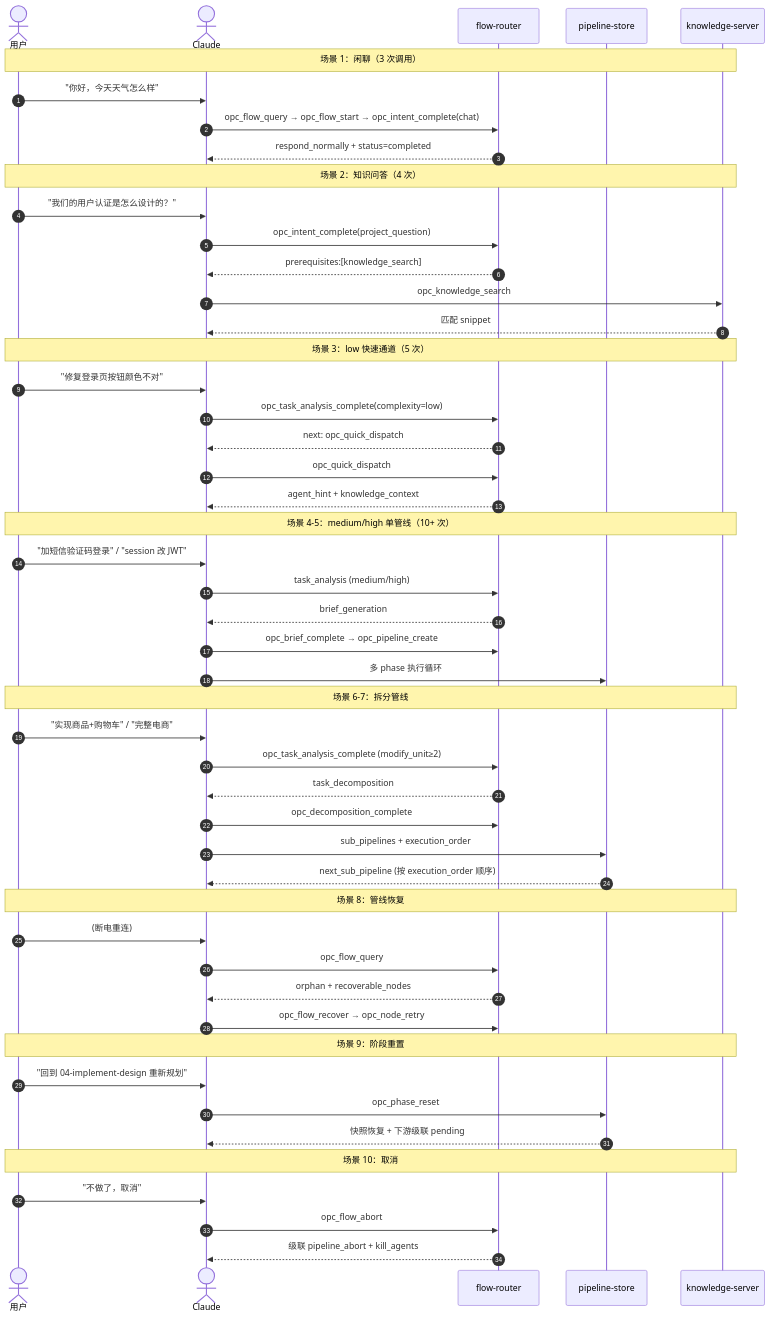
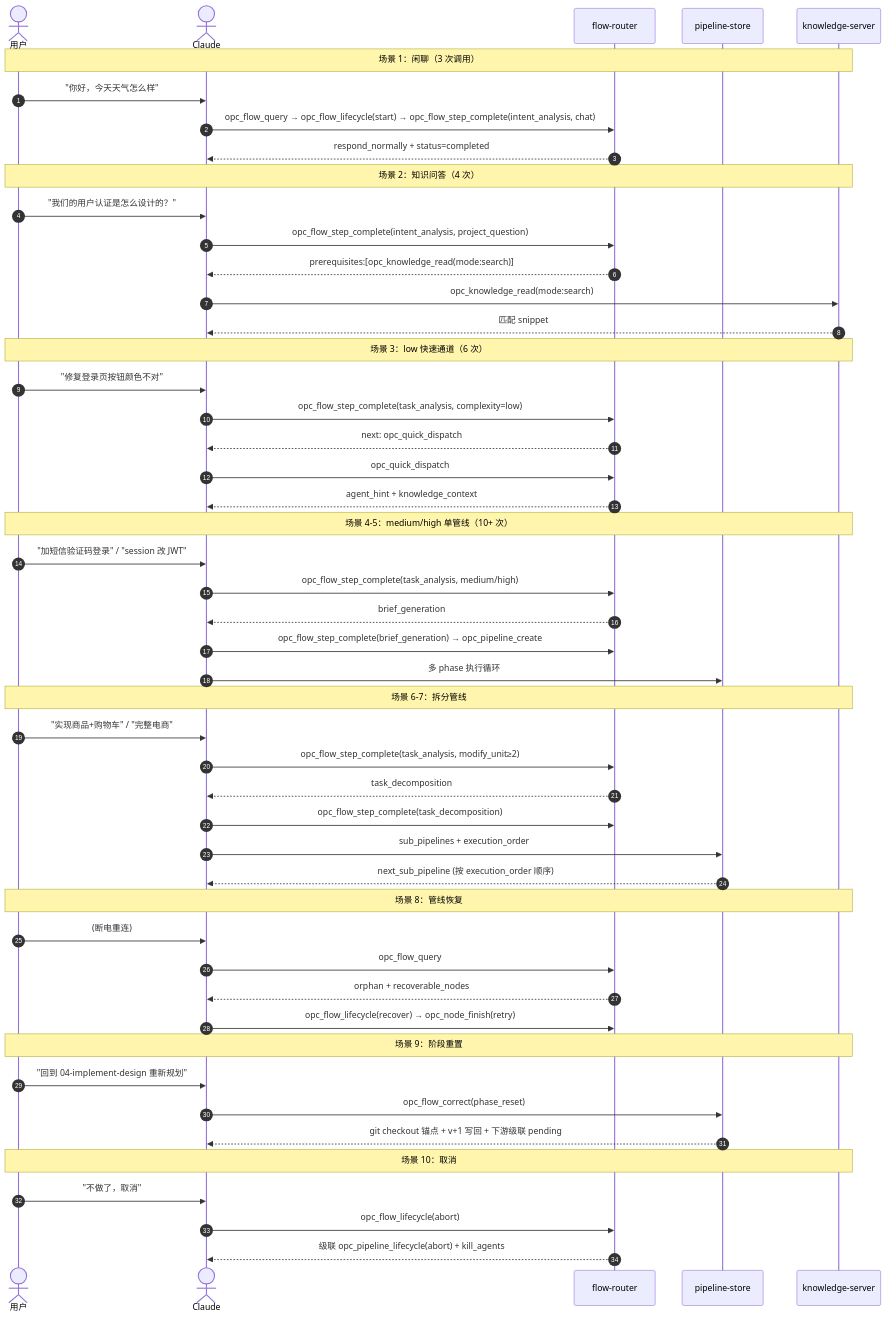
Before and after one commit to CaffeineOddity/opc-marketplace: the first of 2 diagrams in doc/feature/04-e2e/02-test/00_overview.md, drawn with Mermaid. The commit also changed other lines of this file and 42 other files, not shown here.

````diff
--- a/doc/feature/04-e2e/02-test/00_overview.md
+++ b/doc/feature/04-e2e/02-test/00_overview.md
@@ -13,59 +15,59 @@
 ```mermaid
 sequenceDiagram
     autonumber
     actor U as 用户
     actor C as Claude
     participant F as flow-router
     participant P as pipeline-store
     participant KS as knowledge-server
 
     Note over U,KS: 场景 1：闲聊（3 次调用）
     U->>C: "你好，今天天气怎么样"
-    C->>F: opc_flow_query → opc_flow_start → opc_intent_complete(chat)
+    C->>F: opc_flow_query → opc_flow_lifecycle(start) → opc_flow_step_complete(intent_analysis, chat)
     F-->>C: respond_normally + status=completed
 
     Note over U,KS: 场景 2：知识问答（4 次）
     U->>C: "我们的用户认证是怎么设计的？"
-    C->>F: opc_intent_complete(project_question)
-    F-->>C: prerequisites:[knowledge_search]
-    C->>KS: opc_knowledge_search
+    C->>F: opc_flow_step_complete(intent_analysis, project_question)
+    F-->>C: prerequisites:[opc_knowledge_read(mode:search)]
+    C->>KS: opc_knowledge_read(mode:search)
     KS-->>C: 匹配 snippet
 
-    Note over U,KS: 场景 3：low 快速通道（5 次）
+    Note over U,KS: 场景 3：low 快速通道（6 次）
     U->>C: "修复登录页按钮颜色不对"
-    C->>F: opc_task_analysis_complete(complexity=low)
+    C->>F: opc_flow_step_complete(task_analysis, complexity=low)
     F-->>C: next: opc_quick_dispatch
     C->>F: opc_quick_dispatch
     F-->>C: agent_hint + knowledge_context
 
     Note over U,KS: 场景 4-5：medium/high 单管线（10+ 次）
     U->>C: "加短信验证码登录" / "session 改 JWT"
-    C->>F: task_analysis (medium/high)
+    C->>F: opc_flow_step_complete(task_analysis, medium/high)
     F-->>C: brief_generation
-    C->>F: opc_brief_complete → opc_pipeline_create
+    C->>F: opc_flow_step_complete(brief_generation) → opc_pipeline_create
     C->>P: 多 phase 执行循环
 
     Note over U,KS: 场景 6-7：拆分管线
     U->>C: "实现商品+购物车" / "完整电商"
-    C->>F: opc_task_analysis_complete (modify_unit≥2)
+    C->>F: opc_flow_step_complete(task_analysis, modify_unit≥2)
     F-->>C: task_decomposition
-    C->>F: opc_decomposition_complete
+    C->>F: opc_flow_step_complete(task_decomposition)
     C->>P: sub_pipelines + execution_order
     P-->>C: next_sub_pipeline (按 execution_order 顺序)
 
     Note over U,KS: 场景 8：管线恢复
     U->>C: (断电重连)
     C->>F: opc_flow_query
     F-->>C: orphan + recoverable_nodes
-    C->>F: opc_flow_recover → opc_node_retry
+    C->>F: opc_flow_lifecycle(recover) → opc_node_finish(retry)
 
     Note over U,KS: 场景 9：阶段重置
     U->>C: "回到 04-implement-design 重新规划"
-    C->>P: opc_phase_reset
-    P-->>C: 快照恢复 + 下游级联 pending
+    C->>P: opc_flow_correct(phase_reset)
+    P-->>C: git checkout 锚点 + v+1 写回 + 下游级联 pending
 
     Note over U,KS: 场景 10：取消
     U->>C: "不做了，取消"
-    C->>F: opc_flow_abort
-    F-->>C: 级联 pipeline_abort + kill_agents
+    C->>F: opc_flow_lifecycle(abort)
+    F-->>C: 级联 opc_pipeline_lifecycle(abort) + kill_agents
 ```
````
